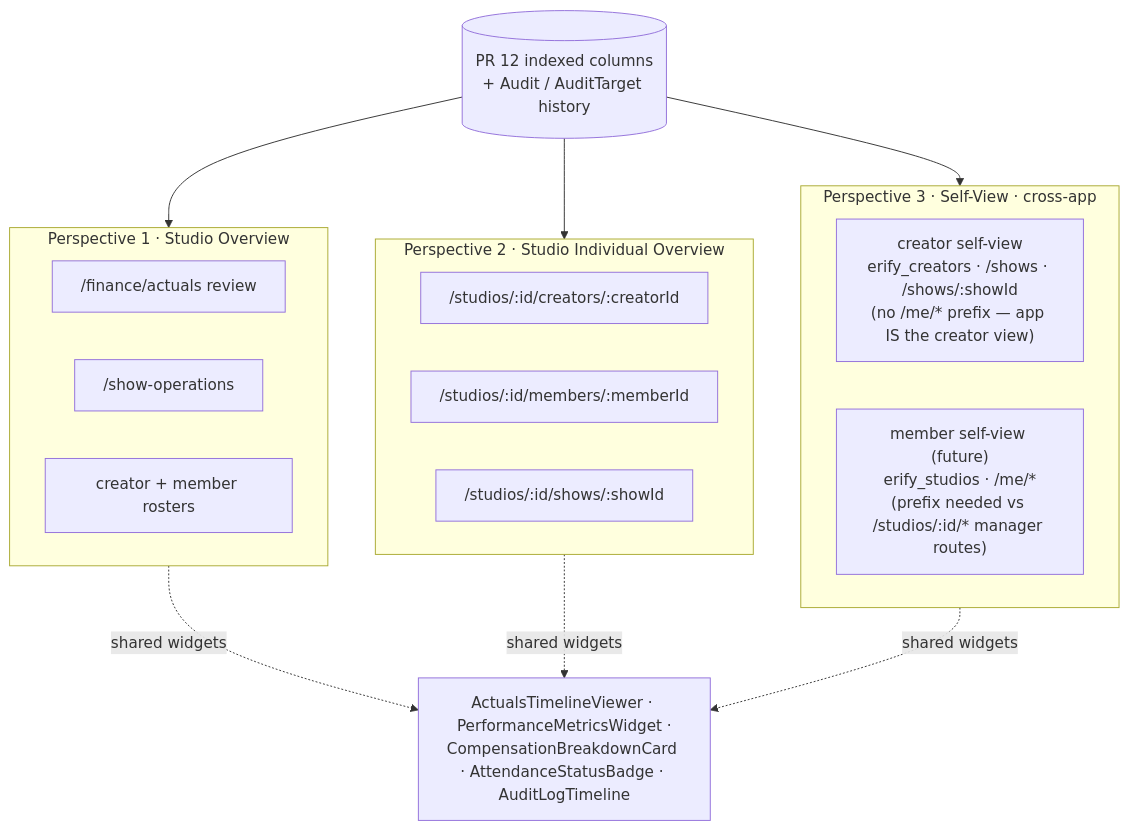
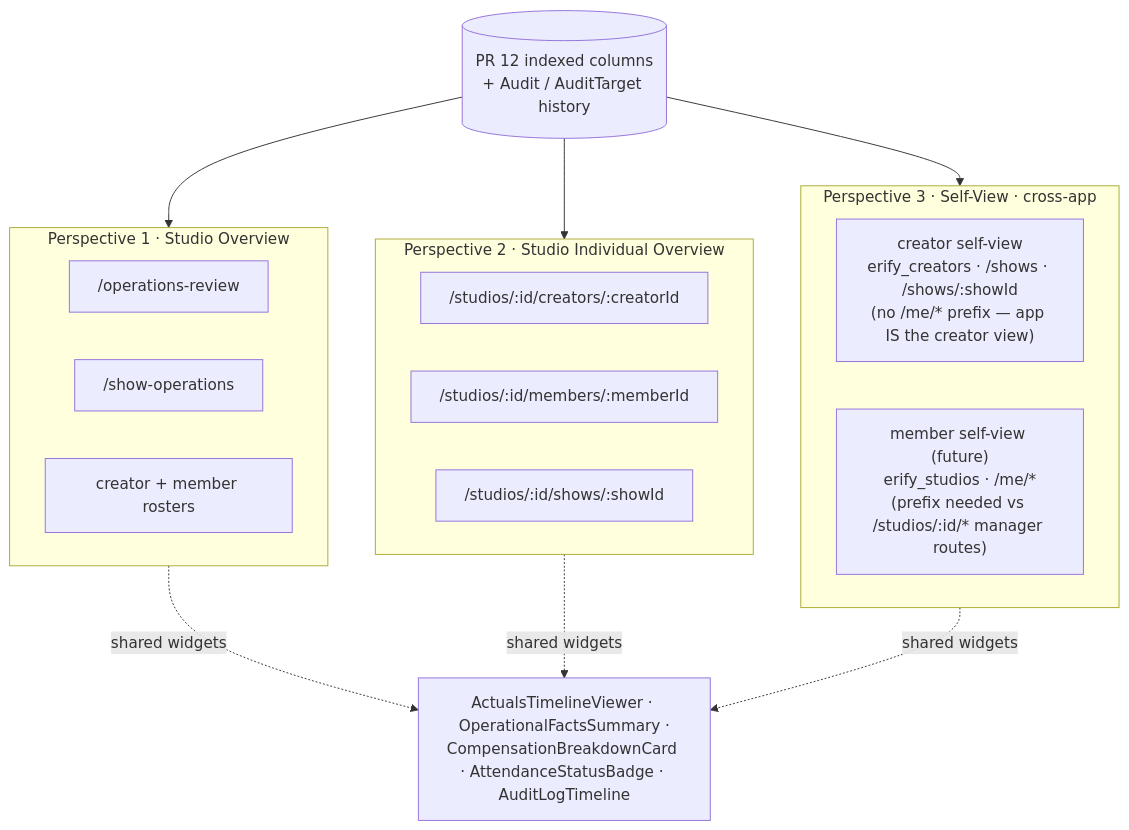
Before and after one commit to allenlin90/eridu-services: the diagram in docs/prd/task-fact-binding.md, drawn with Mermaid. The commit also changed other lines of this file and 9 other files, not shown here.

Commit message:
docs: refine operations review plan

````diff
--- a/docs/prd/task-fact-binding.md
+++ b/docs/prd/task-fact-binding.md
@@ -86,29 +86,29 @@
 ```mermaid
 flowchart TB
     DATA[(PR 12 indexed columns<br/>+ Audit / AuditTarget history)]
 
     subgraph P1[Perspective 1 · Studio Overview]
-        P1A["/finance/actuals review"]
+        P1A["/operations-review"]
         P1B["/show-operations"]
         P1C["creator + member rosters"]
     end
 
     subgraph P2[Perspective 2 · Studio Individual Overview]
         P2A["/studios/:id/creators/:creatorId"]
         P2B["/studios/:id/members/:memberId"]
         P2C["/studios/:id/shows/:showId"]
     end
 
     subgraph P3[Perspective 3 · Self-View · cross-app]
         P3A["creator self-view<br/>erify_creators · /shows · /shows/:showId<br/>(no /me/* prefix — app IS the creator view)"]
         P3B["member self-view (future)<br/>erify_studios · /me/*<br/>(prefix needed vs /studios/:id/* manager routes)"]
     end
 
     DATA --> P1
     DATA --> P2
     DATA --> P3
 
-    P1 -. shared widgets .-> W[ActualsTimelineViewer · PerformanceMetricsWidget ·<br/>CompensationBreakdownCard · AttendanceStatusBadge · AuditLogTimeline]
+    P1 -. shared widgets .-> W[ActualsTimelineViewer · OperationalFactsSummary ·<br/>CompensationBreakdownCard · AttendanceStatusBadge · AuditLogTimeline]
     P2 -. shared widgets .-> W
     P3 -. shared widgets .-> W
 ```
````
